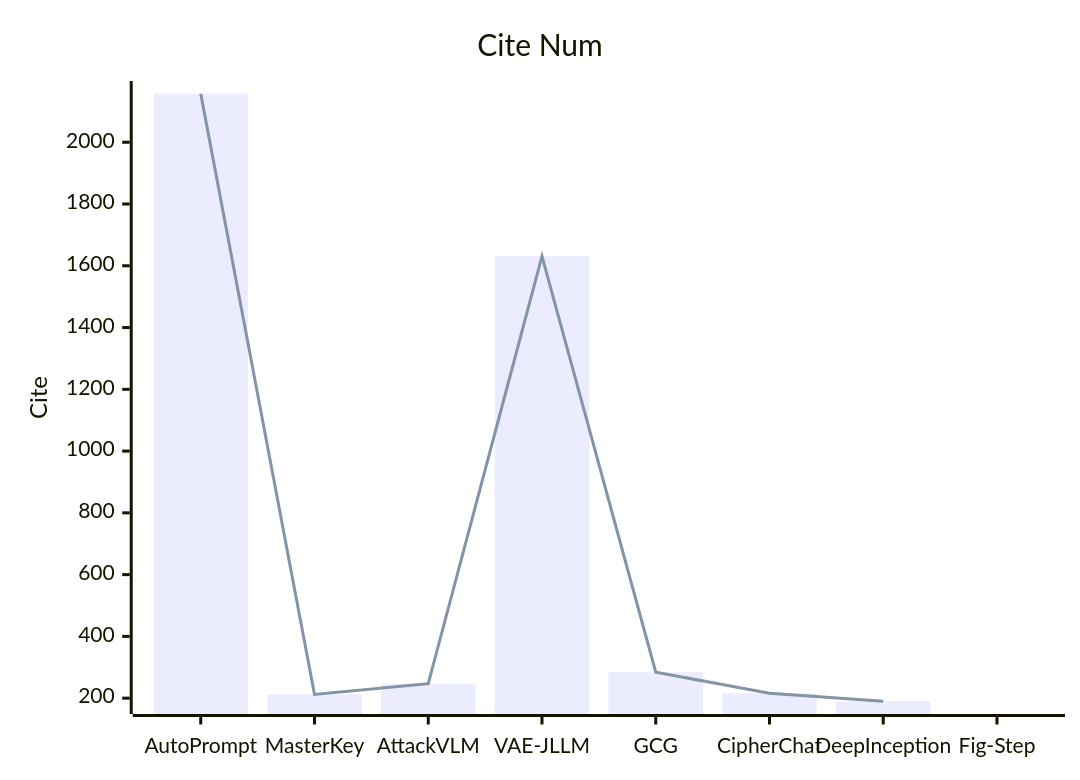
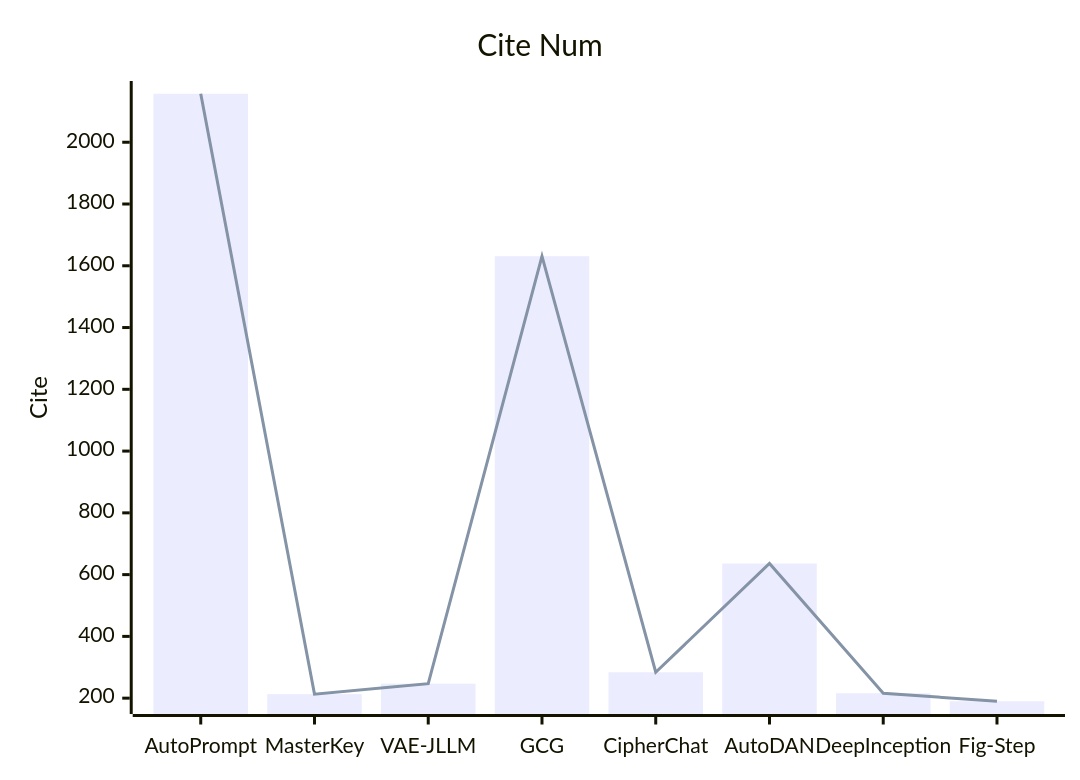
Before and after one commit to Elephant-King9/Paper: the fifth of 5 diagrams in Attack/Jailbreak/analyse.md, drawn with Mermaid. The commit also changed other lines of this file and 5 other files, not shown here.

````diff
--- a/Attack/Jailbreak/analyse.md
+++ b/Attack/Jailbreak/analyse.md
@@ -91,8 +98,8 @@
 ```mermaid
     xychart-beta
     title "Cite Num"
-    x-axis [AutoPrompt,MasterKey,AttackVLM,VAE-JLLM,GCG,CipherChat,DeepInception,Fig-Step]
+    x-axis [AutoPrompt,MasterKey,VAE-JLLM,GCG,CipherChat,AutoDAN,DeepInception,Fig-Step]
     y-axis "Cite" 
-    bar [2157, 212,247, 1631,284,216,190]
-    line [2157, 212,247,1631,284,216,190]
+    bar [2157, 213,247, 1631,284,636,216,190]
+    line [2157, 213,247,1631,284,636,216,190]
 ```
````
